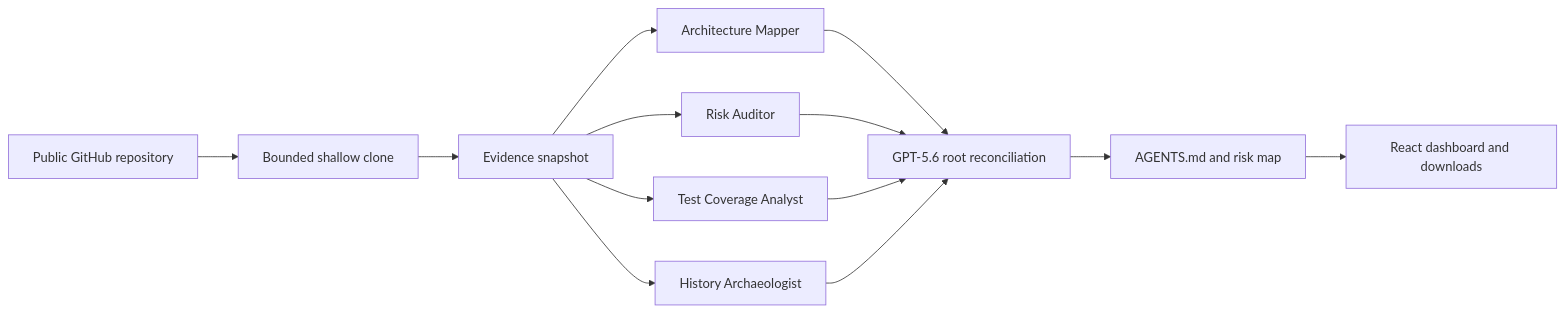
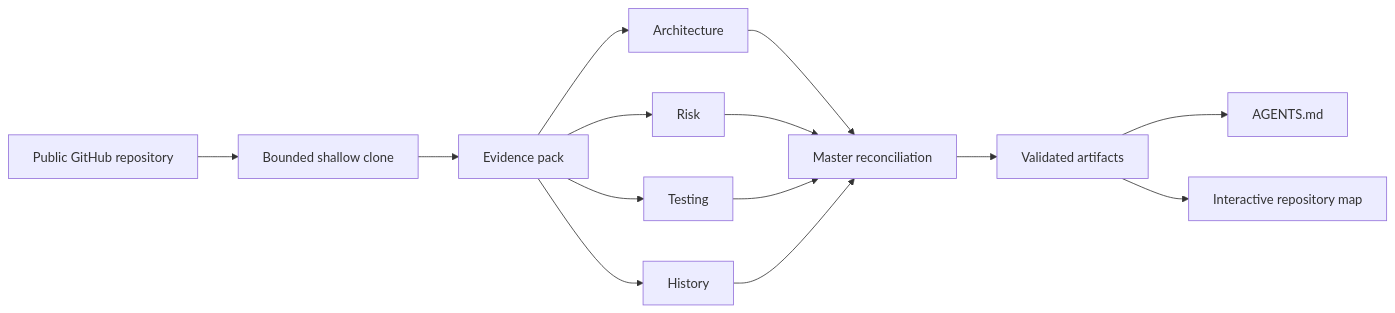
One commit to Kesav2k04/RepoMind changed the diagram in README.md. Above: the diagram before and after it, drawn with Mermaid. The commit also changed other lines of this file and 46 other files, not shown here.

````diff
--- a/README.md
+++ b/README.md
@@ -51,12 +35,13 @@
 ```mermaid
 flowchart LR
   G[Public GitHub repository] --> C[Bounded shallow clone]
-  C --> E[Evidence snapshot]
-  E --> A[Architecture Mapper]
-  E --> R[Risk Auditor]
-  E --> T[Test Coverage Analyst]
-  E --> H[History Archaeologist]
-  A & R & T & H --> M[GPT-5.6 root reconciliation]
-  M --> O[AGENTS.md and risk map]
-  O --> U[React dashboard and downloads]
+  C --> E[Evidence pack]
+  E --> A[Architecture]
+  E --> R[Risk]
+  E --> T[Testing]
+  E --> H[History]
+  A & R & T & H --> M[Master reconciliation]
+  M --> X[Validated artifacts]
+  X --> AG[AGENTS.md]
+  X --> RM[Interactive repository map]
 ```
````
